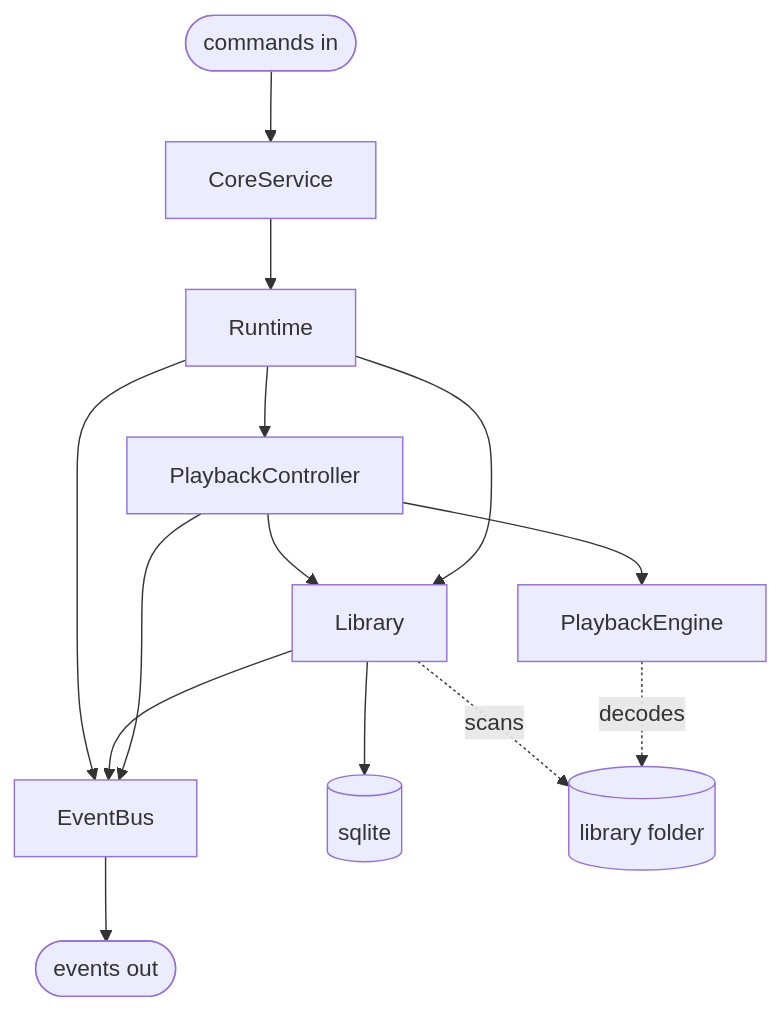
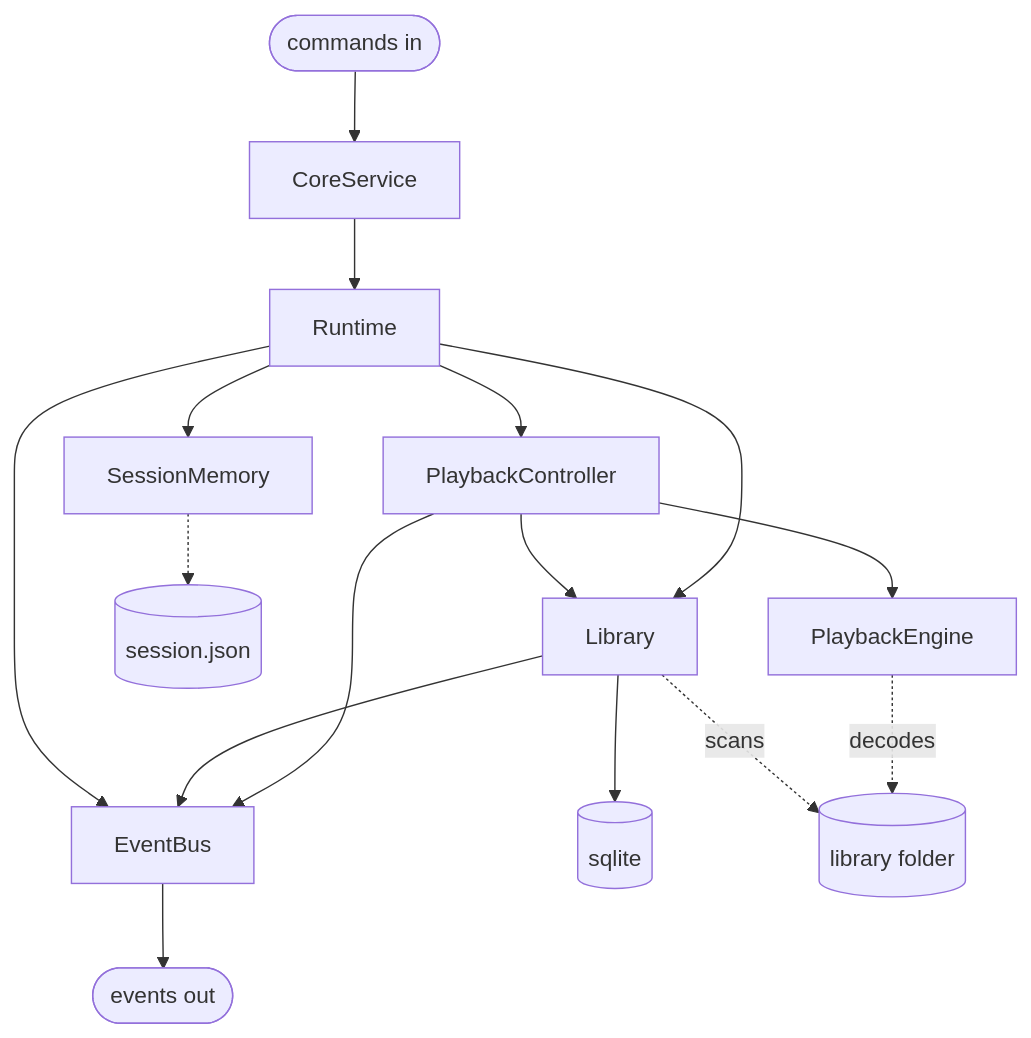
One commit to deltaqyto/DeltaMusic changed the first of 2 diagrams in documents/core-structure.md. Above: the diagram before and after it, drawn with Mermaid. The commit also changed other lines of this file and 10 other files, not shown here.

````diff
--- a/documents/core-structure.md
+++ b/documents/core-structure.md
@@ -3,17 +3,19 @@
 ```mermaid
 flowchart TB
     IN(["commands in"]) --> SVC
     SVC["CoreService"] --> RT
     RT["Runtime"]
     RT --> PB["PlaybackController"]
     RT --> LIB["Library"]
+    RT --> MEM["SessionMemory"]
+    MEM -.-> SESS[("session.json")]
     PB --> ENG["PlaybackEngine"]
     PB --> LIB
     PB --> BUS
     LIB --> BUS
     RT --> BUS
     LIB --> DB[("sqlite")]
     ENG -.decodes.-> FILES[("library folder")]
     LIB -.scans.-> FILES
     BUS["EventBus"] --> OUT(["events out"])
 ```
````
